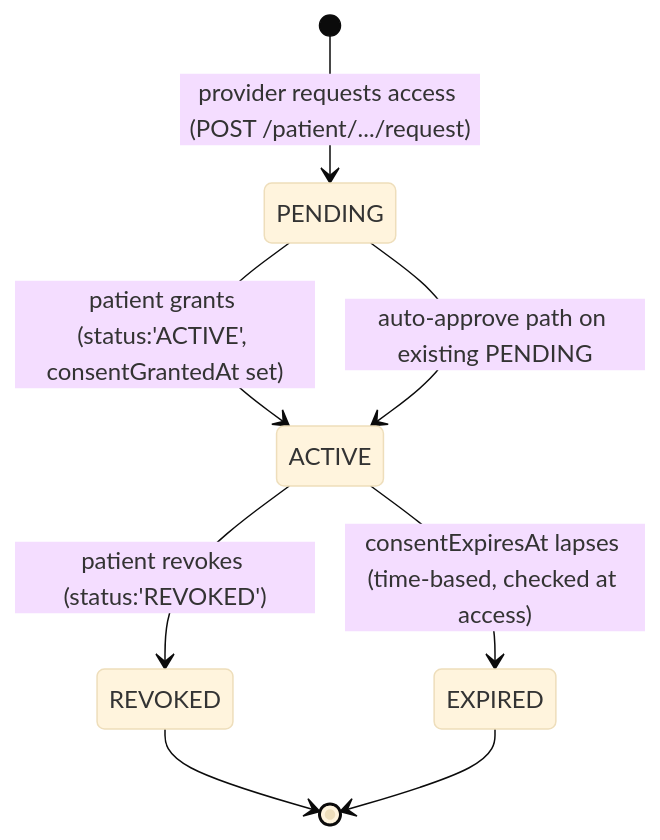
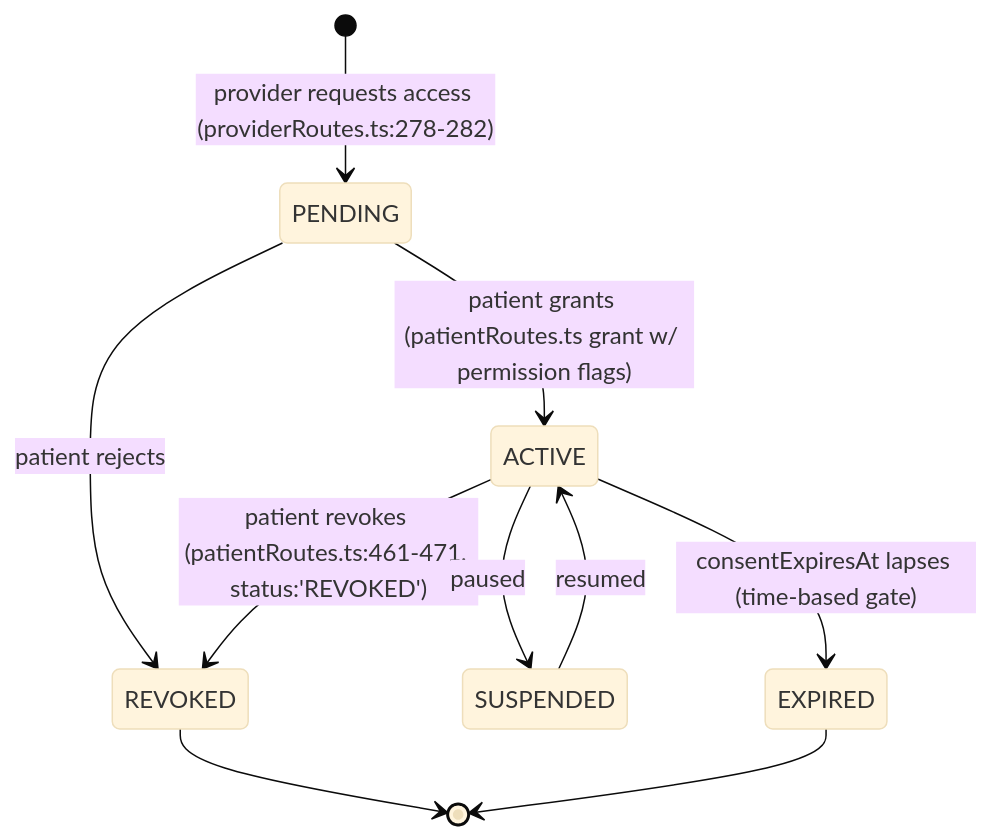
One commit to breilly1296/OwnMyHealth-Claude changed the fourth of 10 diagrams in New Project Documents/ARCHITECTURE.md. Above: the diagram before and after it, drawn with Mermaid (base theme). The commit also changed other lines of this file and 146 other files, not shown here.

````diff
--- a/New Project Documents/ARCHITECTURE.md
+++ b/New Project Documents/ARCHITECTURE.md
@@ -410,10 +393,12 @@
 ```mermaid
 stateDiagram-v2
-  [*] --> PENDING: provider requests access (POST /patient/.../request)
-  PENDING --> ACTIVE: patient grants (status:'ACTIVE', consentGrantedAt set)
-  PENDING --> ACTIVE: auto-approve path on existing PENDING
-  ACTIVE --> REVOKED: patient revokes (status:'REVOKED')
-  ACTIVE --> EXPIRED: consentExpiresAt lapses (time-based, checked at access)
+  [*] --> PENDING: provider requests access (providerRoutes.ts:278-282)
+  PENDING --> ACTIVE: patient grants (patientRoutes.ts grant w/ permission flags)
+  PENDING --> REVOKED: patient rejects
+  ACTIVE --> REVOKED: patient revokes (patientRoutes.ts:461-471, status:'REVOKED')
+  ACTIVE --> SUSPENDED: paused
+  SUSPENDED --> ACTIVE: resumed
+  ACTIVE --> EXPIRED: consentExpiresAt lapses (time-based gate)
   REVOKED --> [*]
   EXPIRED --> [*]
 ```
````
